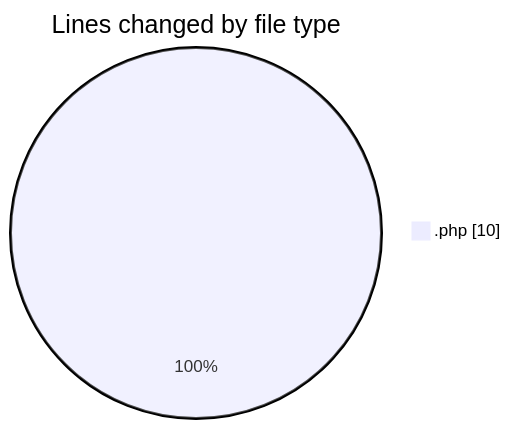
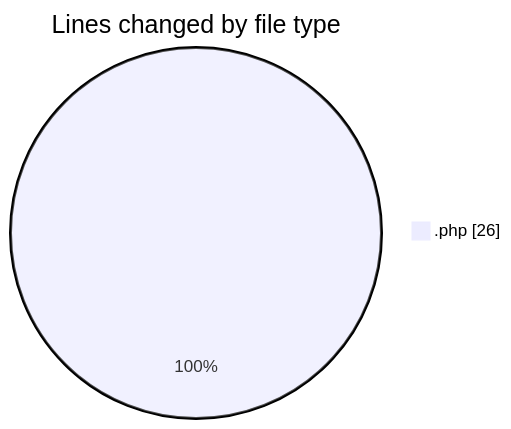
One commit to LanceThiago/code-tracking changed the first of 2 diagrams in 2026-08-31/web/README.md. Above: the diagram before and after it, drawn with Mermaid. The commit also changed other lines of this file and 1 other file, not shown here.

````diff
--- a/2026-08-31/web/README.md
+++ b/2026-08-31/web/README.md
@@ -20,5 +20,5 @@
 ```mermaid
 pie showData
 title Lines changed by file type
-".php" : 10
+".php" : 26
 ```
````
